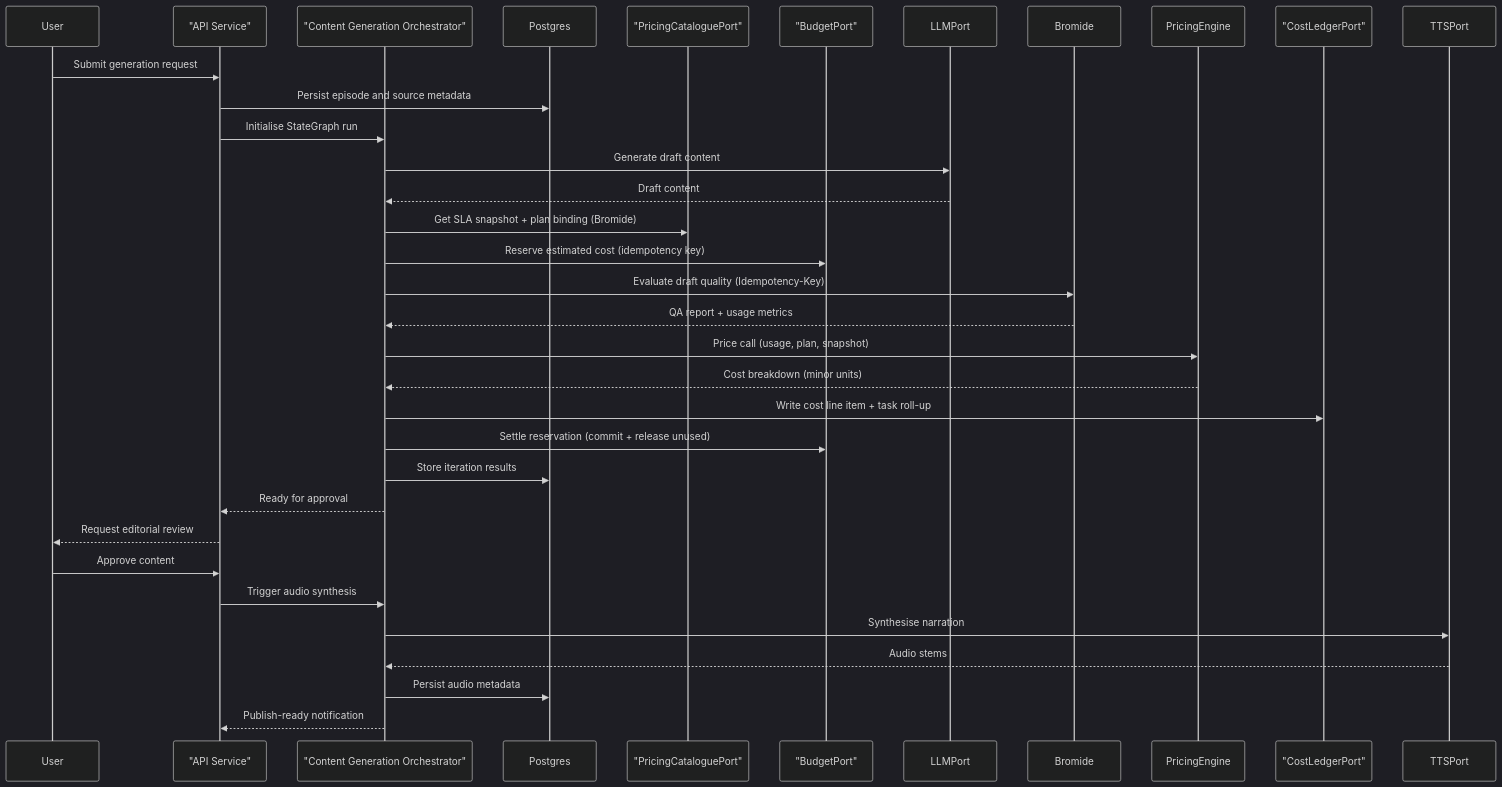
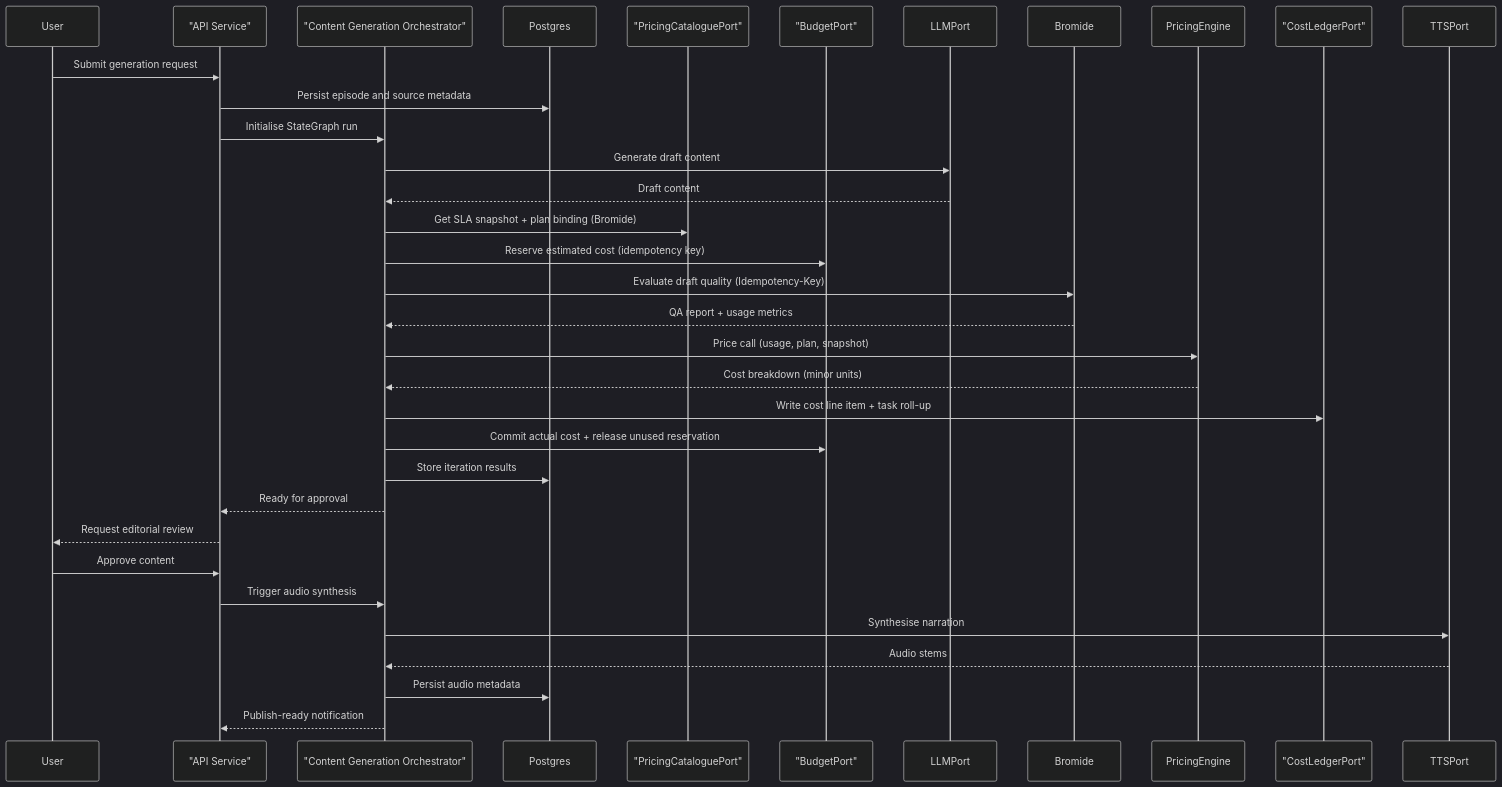
The third of 9 diagrams in docs/episodic-podcast-generation-system-design.md (leynos/episodic), drawn with Mermaid (dark theme) before and after one commit. The commit also changed other lines of this file and 1 other file, not shown here.

First line of the commit message:
docs(billing): clarify budget commit/release semantics and SLA4OAI terminology

````diff
--- a/docs/episodic-podcast-generation-system-design.md
+++ b/docs/episodic-podcast-generation-system-design.md
@@ -432,36 +432,36 @@
 ```mermaid
 sequenceDiagram
     participant User
     participant API as "API Service"
     participant Orchestrator as "Content Generation Orchestrator"
     participant Postgres
     participant PricingCatalogue as "PricingCataloguePort"
     participant Budget as "BudgetPort"
     participant LLMPort
     participant Bromide
     participant PricingEngine
     participant CostLedger as "CostLedgerPort"
     participant TTSPort
     User ->> API : Submit generation request
     API ->> Postgres : Persist episode and source metadata
     API ->> Orchestrator : Initialise StateGraph run
     Orchestrator ->> LLMPort : Generate draft content
     LLMPort -->> Orchestrator : Draft content
     Orchestrator ->> PricingCatalogue : Get SLA snapshot + plan binding (Bromide)
     Orchestrator ->> Budget : Reserve estimated cost (idempotency key)
     Orchestrator ->> Bromide : Evaluate draft quality (Idempotency-Key)
     Bromide -->> Orchestrator : QA report + usage metrics
     Orchestrator ->> PricingEngine : Price call (usage, plan, snapshot)
     PricingEngine -->> Orchestrator : Cost breakdown (minor units)
     Orchestrator ->> CostLedger : Write cost line item + task roll-up
-    Orchestrator ->> Budget : Settle reservation (commit + release unused)
+    Orchestrator ->> Budget : Commit actual cost + release unused reservation
     Orchestrator ->> Postgres : Store iteration results
     Orchestrator -->> API : Ready for approval
     API -->> User : Request editorial review
     User ->> API : Approve content
     API ->> Orchestrator : Trigger audio synthesis
     Orchestrator ->> TTSPort : Synthesise narration
     TTSPort -->> Orchestrator : Audio stems
     Orchestrator ->> Postgres : Persist audio metadata
     Orchestrator -->> API : Publish-ready notification
 ```
````
